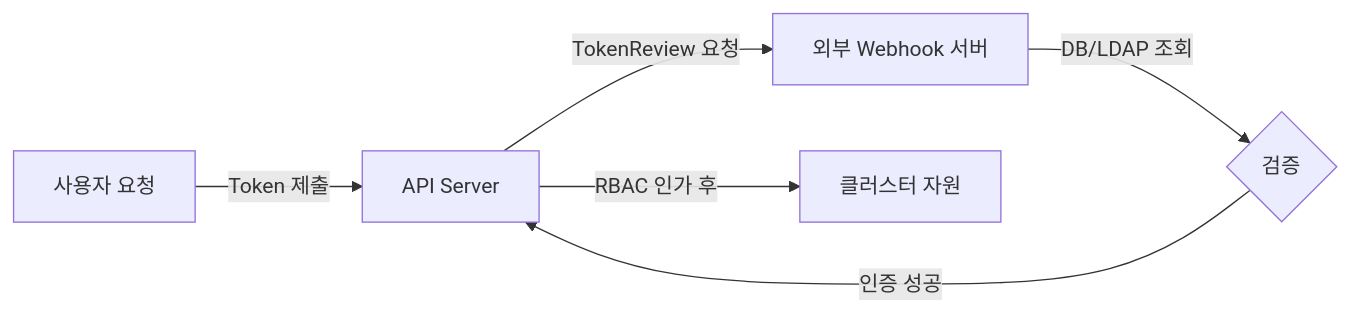
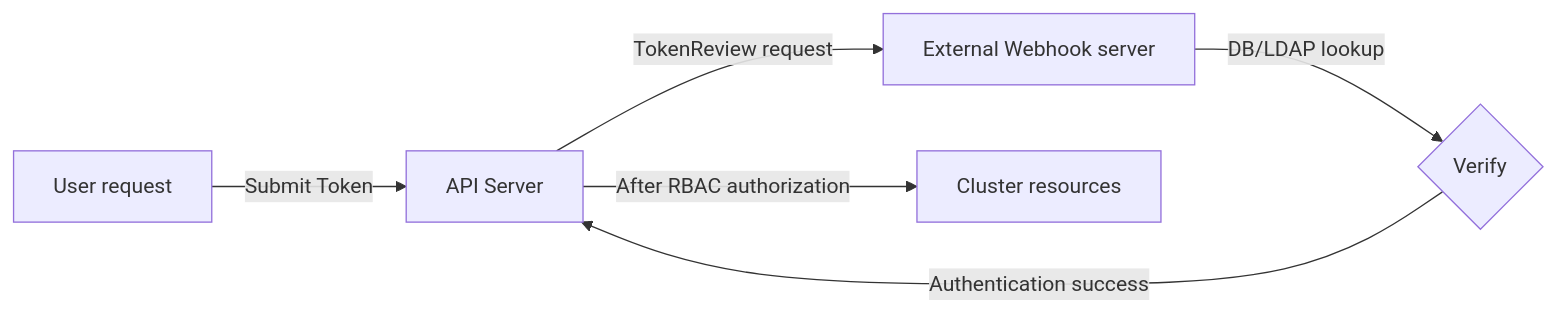
The diagram in content/security/04-implementation/34-lab-webhook-auth-setup.md (jeonck/k8s-adv), drawn with Mermaid before and after one commit. The commit also changed other lines of this file and 223 other files, not shown here.

````diff
--- a/content/security/04-implementation/34-lab-webhook-auth-setup.md
+++ b/content/security/04-implementation/34-lab-webhook-auth-setup.md
@@ -26,8 +26,8 @@
 ```mermaid
 graph LR
-    User[사용자 요청] -- "Token 제출" --> API[API Server]
-    API -- "TokenReview 요청" --> Webhook[외부 Webhook 서버]
-    Webhook -- "DB/LDAP 조회" --> Verify{검증}
-    Verify -- "인증 성공" --> API
-    API -- "RBAC 인가 후" --> Resource[클러스터 자원]
+    User[User request] -- "Submit Token" --> API[API Server]
+    API -- "TokenReview request" --> Webhook[External Webhook server]
+    Webhook -- "DB/LDAP lookup" --> Verify{Verify}
+    Verify -- "Authentication success" --> API
+    API -- "After RBAC authorization" --> Resource[Cluster resources]
 ```
````
